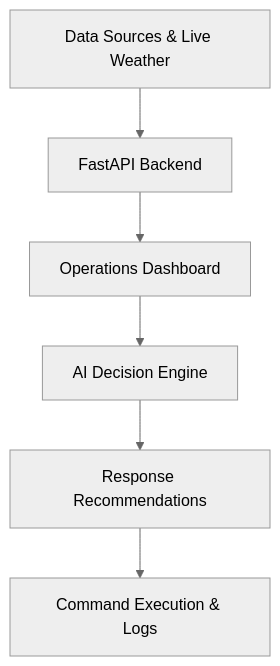
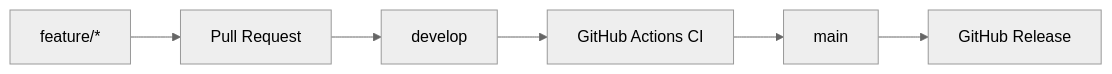
Before and after one commit to Aaryan-2903/CityNerve: the fourth of 4 diagrams in README.md, drawn with Mermaid (neutral theme). The commit also changed other lines of this file and 8 other files, not shown here.

````diff
--- a/README.md
+++ b/README.md
@@ -108,8 +258,8 @@
 ```mermaid
-graph TD
-A[Data Sources & Live Weather] --> B[FastAPI Backend]
-B --> C[Operations Dashboard]
-C --> D[AI Decision Engine]
-D --> E[Response Recommendations]
-E --> F[Command Execution & Logs]
+flowchart LR
+    A[feature/*] --> B[Pull Request]
+    B --> C[develop]
+    C --> D[GitHub Actions CI]
+    D --> E[main]
+    E --> F[GitHub Release]
 ```
````
